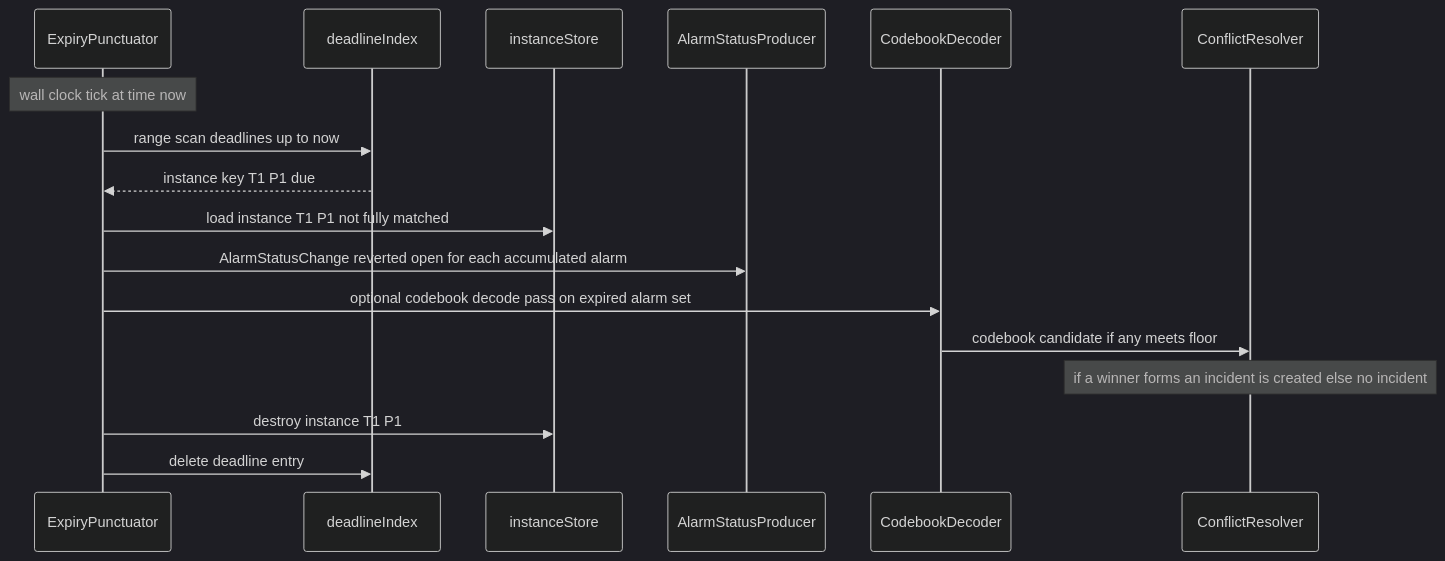
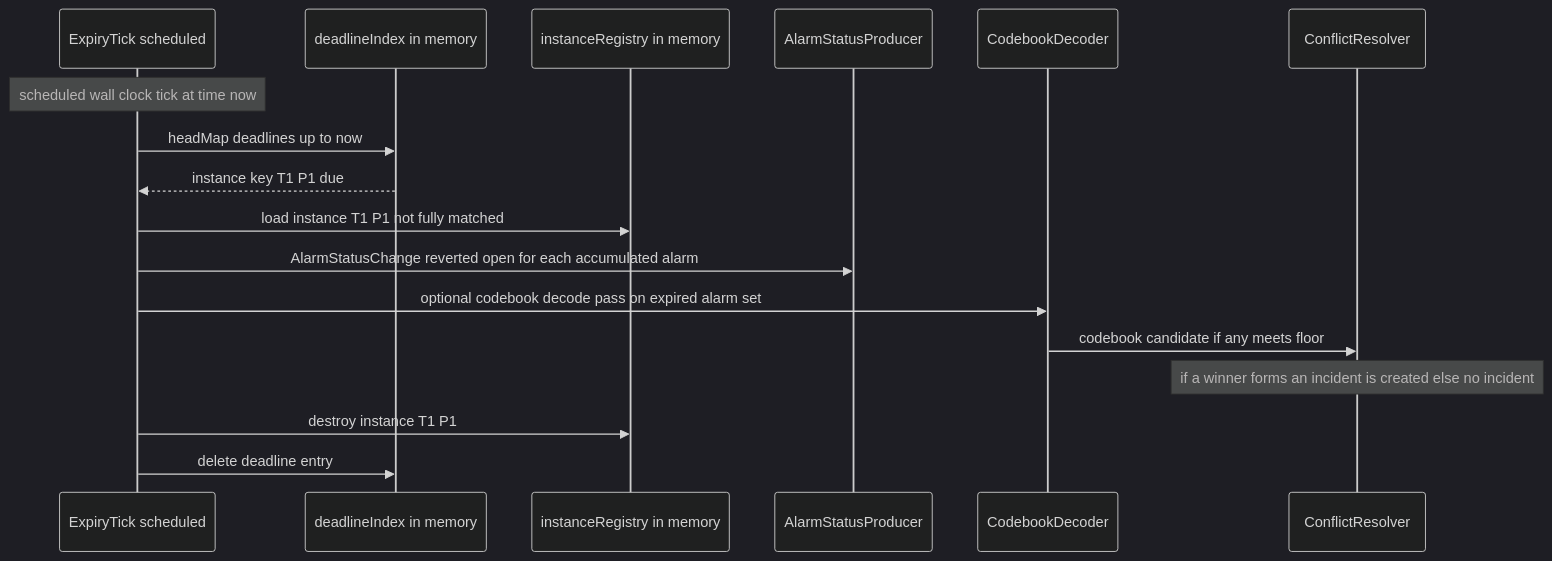
One commit to nikhilmohan/correlation-platform changed the seventh of 10 diagrams in services/correlation-engine/design.md. Above: the diagram before and after it, drawn with Mermaid (dark theme). The commit also changed other lines of this file, not shown here.

````diff
--- a/services/correlation-engine/design.md
+++ b/services/correlation-engine/design.md
@@ -693,20 +750,20 @@
 ```mermaid
 sequenceDiagram
-  participant EXP as ExpiryPunctuator
-  participant DIX as deadlineIndex
-  participant IST as instanceStore
+  participant EXP as ExpiryTick scheduled
+  participant DIX as deadlineIndex in memory
+  participant IST as instanceRegistry in memory
   participant ASP as AlarmStatusProducer
   participant CD as CodebookDecoder
   participant CR as ConflictResolver
 
-  Note over EXP: wall clock tick at time now
-  EXP->>DIX: range scan deadlines up to now
+  Note over EXP: scheduled wall clock tick at time now
+  EXP->>DIX: headMap deadlines up to now
   DIX-->>EXP: instance key T1 P1 due
   EXP->>IST: load instance T1 P1 not fully matched
   EXP->>ASP: AlarmStatusChange reverted open for each accumulated alarm
   EXP->>CD: optional codebook decode pass on expired alarm set
   CD->>CR: codebook candidate if any meets floor
   Note over CR: if a winner forms an incident is created else no incident
   EXP->>IST: destroy instance T1 P1
   EXP->>DIX: delete deadline entry
 ```
````
